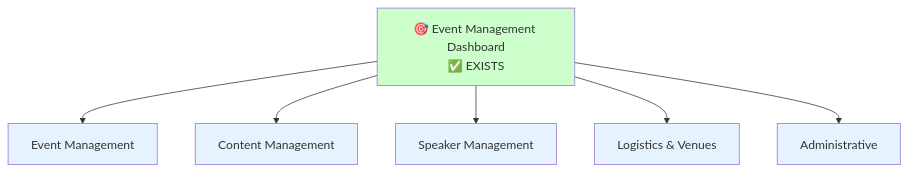
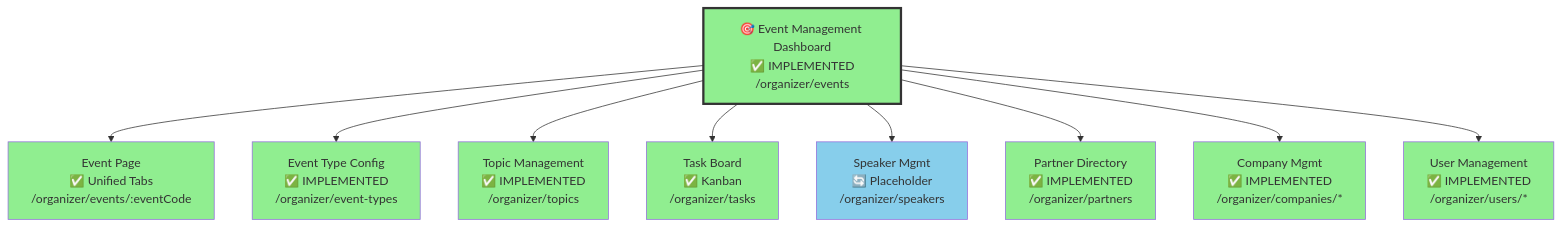
Before and after one commit to nissimbuchs/BATbern2: the fifth of 28 diagrams in docs/wireframes/sitemap-mermaid.md, drawn with Mermaid. The commit also changed other lines of this file and 1008 other files, not shown here.

````diff
--- a/docs/wireframes/sitemap-mermaid.md
+++ b/docs/wireframes/sitemap-mermaid.md
@@ -138,17 +152,23 @@
 ```mermaid
 graph TB
-    Dashboard[🎯 Event Management Dashboard<br/>✅ EXISTS]
+    Dashboard[🎯 Event Management Dashboard<br/>✅ IMPLEMENTED<br/>/organizer/events]
 
-    Dashboard --> Events[Event Management]
-    Dashboard --> Content[Content Management]
-    Dashboard --> Speakers[Speaker Management]
-    Dashboard --> Logistics[Logistics & Venues]
-    Dashboard --> Admin[Administrative]
+    Dashboard --> EventPage[Event Page<br/>✅ Unified Tabs<br/>/organizer/events/:eventCode]
+    Dashboard --> EventTypes[Event Type Config<br/>✅ IMPLEMENTED<br/>/organizer/event-types]
+    Dashboard --> Topics[Topic Management<br/>✅ IMPLEMENTED<br/>/organizer/topics]
+    Dashboard --> Tasks[Task Board<br/>✅ Kanban<br/>/organizer/tasks]
+    Dashboard --> Speakers[Speaker Mgmt<br/>🔄 Placeholder<br/>/organizer/speakers]
+    Dashboard --> Partners[Partner Directory<br/>✅ IMPLEMENTED<br/>/organizer/partners]
+    Dashboard --> Companies[Company Mgmt<br/>✅ IMPLEMENTED<br/>/organizer/companies/*]
+    Dashboard --> Users[User Management<br/>✅ IMPLEMENTED<br/>/organizer/users/*]
 
-    style Dashboard fill:#ccffcc
-    style Events fill:#e6f3ff
-    style Content fill:#e6f3ff
-    style Speakers fill:#e6f3ff
-    style Logistics fill:#e6f3ff
-    style Admin fill:#e6f3ff
+    style Dashboard fill:#90EE90,stroke:#333,stroke-width:3px
+    style EventPage fill:#90EE90
+    style EventTypes fill:#90EE90
+    style Topics fill:#90EE90
+    style Tasks fill:#90EE90
+    style Speakers fill:#87CEEB
+    style Partners fill:#90EE90
+    style Companies fill:#90EE90
+    style Users fill:#90EE90
 ```
````
